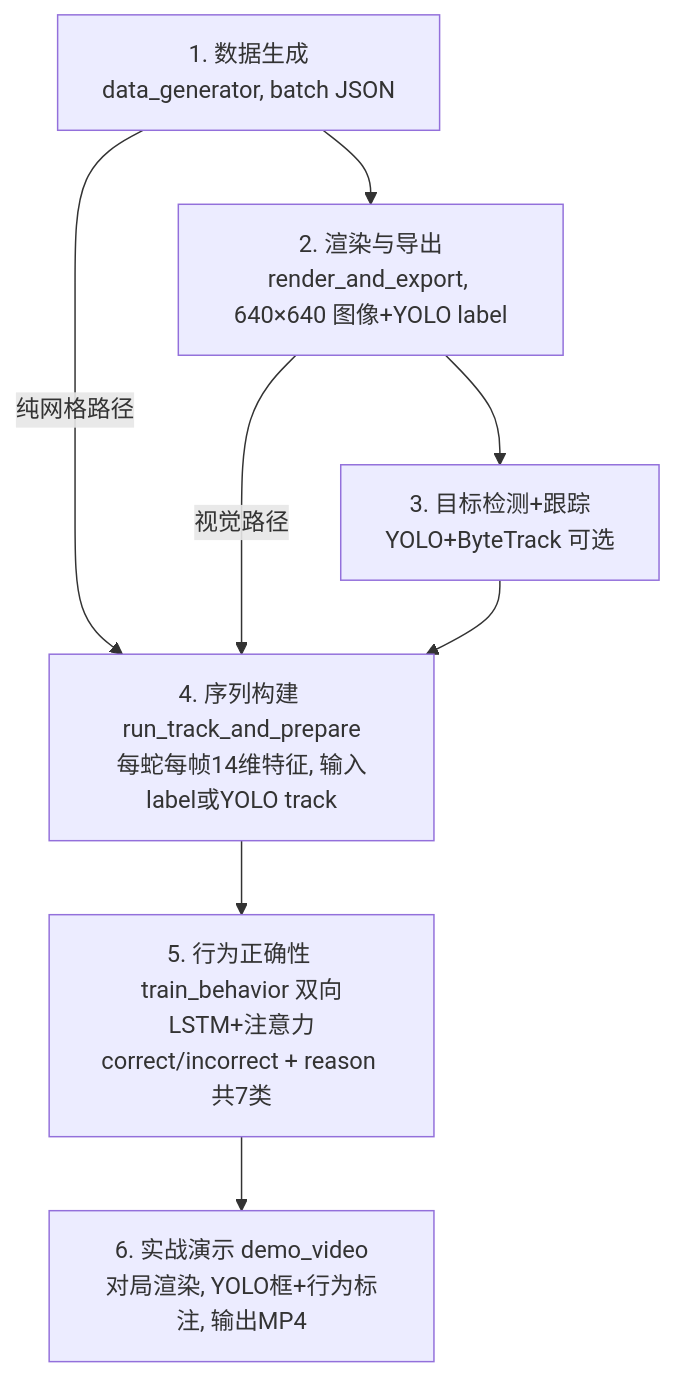
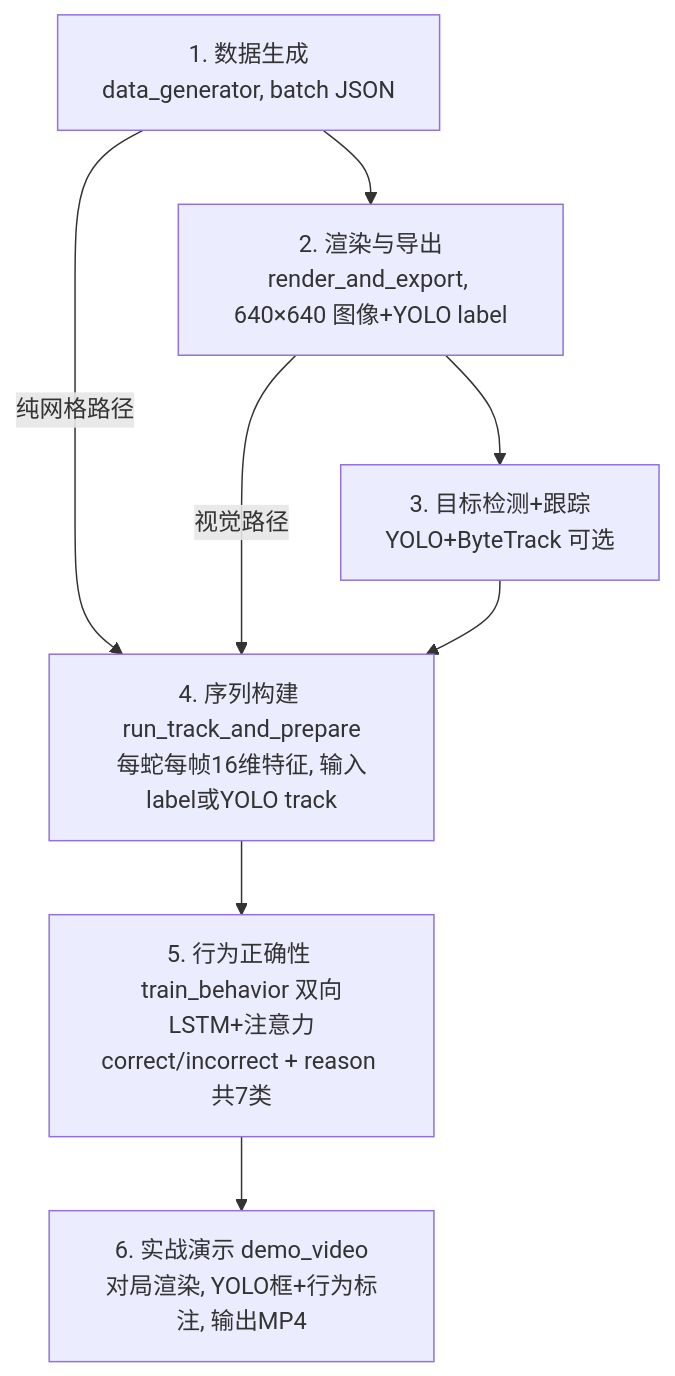
Before and after one commit to HeliumAreFlying/behavior_detection: the diagram in README.md, drawn with Mermaid. The commit also changed other lines of this file and 6 other files, not shown here.

````diff
--- a/README.md
+++ b/README.md
@@ -9,19 +9,19 @@
 ```mermaid
 flowchart TB
     A["1. 数据生成<br/>data_generator, batch JSON"]
     B["2. 渲染与导出<br/>render_and_export, 640×640 图像+YOLO label"]
     C["3. 目标检测+跟踪<br/>YOLO+ByteTrack 可选"]
 
     A --> B --> C
     A -->|纯网格路径| D
     B -->|视觉路径| D
     C --> D
 
-    D["4. 序列构建 run_track_and_prepare<br/>每蛇每帧14维特征, 输入label或YOLO track"]
+    D["4. 序列构建 run_track_and_prepare<br/>每蛇每帧16维特征, 输入label或YOLO track"]
     D --> E
 
     E["5. 行为正确性 train_behavior 双向LSTM+注意力<br/>correct/incorrect + reason 共7类"]
     E --> F
 
     F["6. 实战演示 demo_video<br/>对局渲染, YOLO框+行为标注, 输出MP4"]
 ```
````
